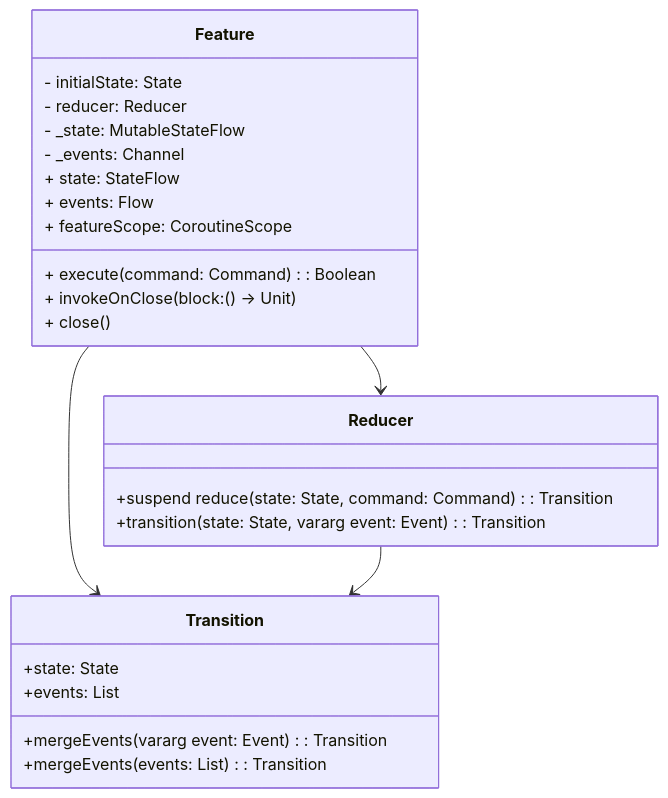
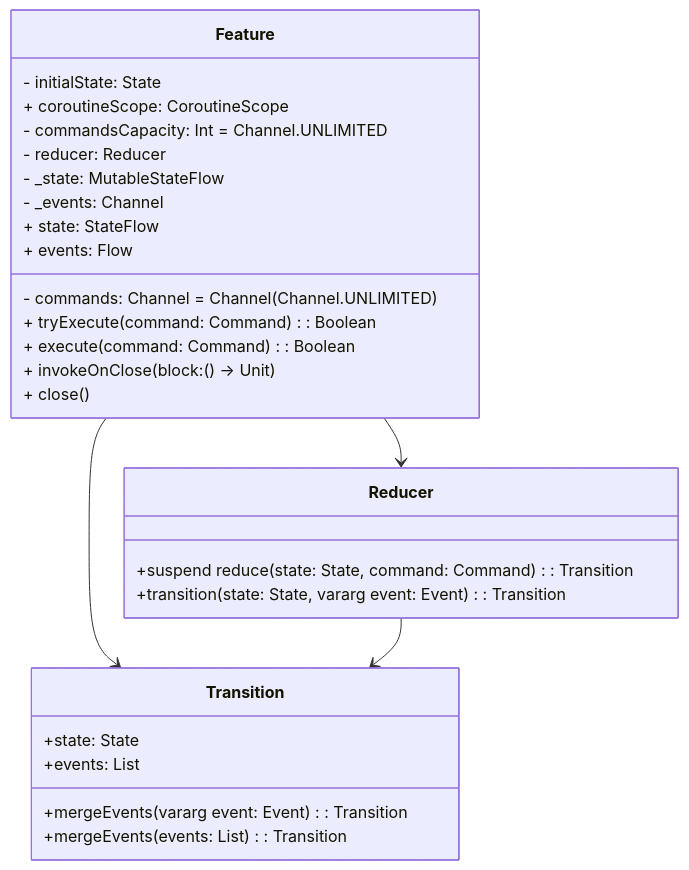
The first of 3 diagrams in README.md (numq/reduce-and-conquer), drawn with Mermaid before and after one commit. The commit also changed other lines of this file and 9 other files, not shown here.

````diff
--- a/README.md
+++ b/README.md
@@ -58,29 +58,32 @@
 ```mermaid
 classDiagram
     class Feature {
         - initialState: State
+        + coroutineScope: CoroutineScope
+        - commandsCapacity: Int = Channel.UNLIMITED
         - reducer: Reducer<Command, State, Event>
+        - commands: Channel<Command> = Channel(Channel.UNLIMITED)
         - _state: MutableStateFlow<State>
         - _events: Channel<Event>
         + state: StateFlow<State>
         + events: Flow<Event>
-        + featureScope: CoroutineScope
+        + tryExecute(command: Command): Boolean
         + execute(command: Command): Boolean
         + invokeOnClose(block: () -> Unit)
         + close()
     }
     class Reducer {
         +suspend reduce(state: State, command: Command): Transition<State, Event>
         +transition(state: State, vararg event: Event): Transition<State, Event>
     }
     class Transition {
         +state: State
         +events: List<Event>
         +mergeEvents(vararg event: Event): Transition<State, Event>
         +mergeEvents(events: List<Event>): Transition<State, Event>
     }
 
     Feature --> Reducer
     Feature --> Transition
     Reducer --> Transition
 ```
````
